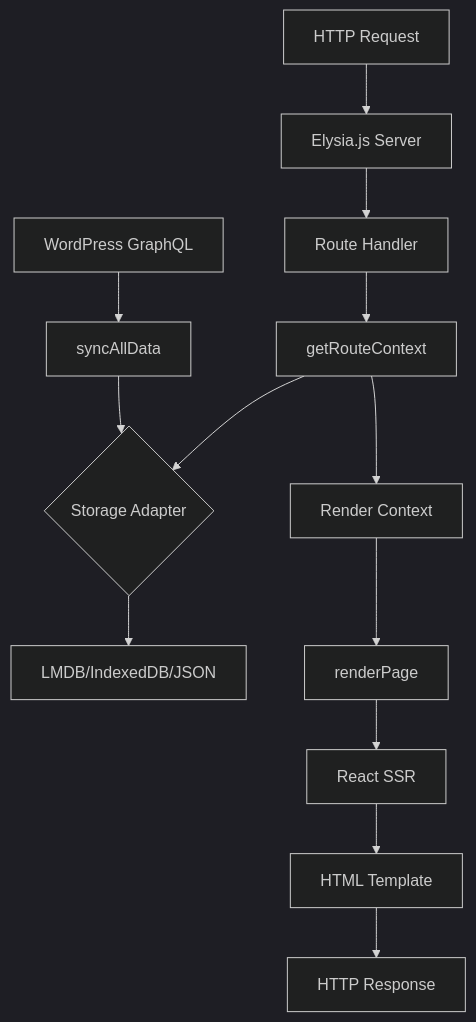
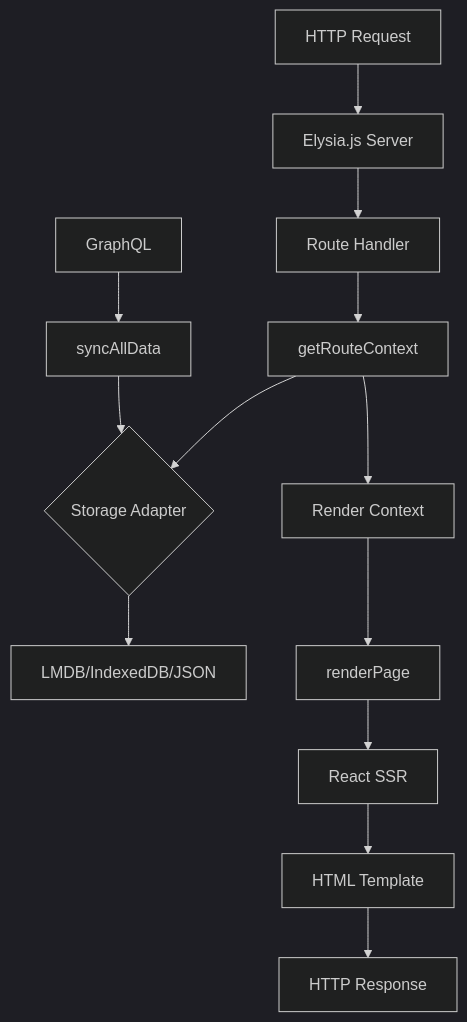
Before and after one commit to buildy-ui/ssr-starter: the diagram in docs/guides/ssr-architecture.md, drawn with Mermaid (dark theme). The commit also changed 15 other files, not shown here.

````diff
--- a/docs/guides/ssr-architecture.md
+++ b/docs/guides/ssr-architecture.md
@@ -18,16 +18,16 @@
 ```mermaid
 graph TB
     A[HTTP Request] --> B[Elysia.js Server]
     B --> C[Route Handler]
     C --> D[getRouteContext]
     D --> E{Storage Adapter}
     E --> F[LMDB/IndexedDB/JSON]
     D --> G[Render Context]
     G --> H[renderPage]
     H --> I[React SSR]
     I --> J[HTML Template]
     J --> K[HTTP Response]
 
-    L[WordPress GraphQL] --> M[syncAllData]
+    L[GraphQL] --> M[syncAllData]
     M --> E
 ```
````
